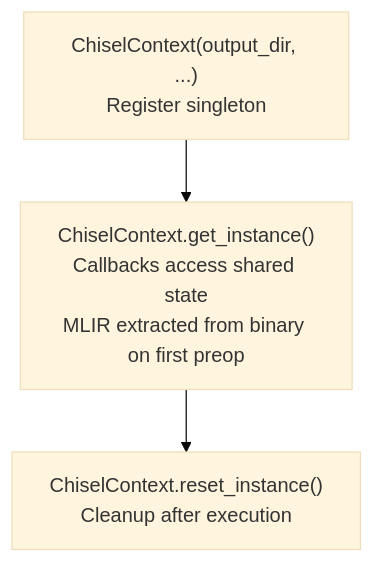
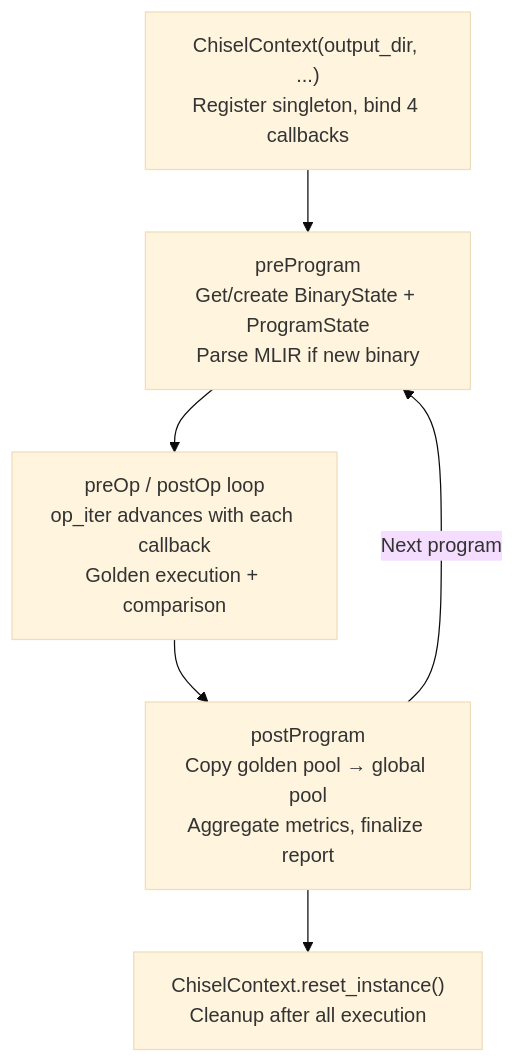
One commit to tenstorrent/tt-mlir changed the first of 4 diagrams in tools/chisel/docs/architecture.md. Above: the diagram before and after it, drawn with Mermaid (base theme). The commit also changed other lines of this file and 7 other files, not shown here.

````diff
--- a/tools/chisel/docs/architecture.md
+++ b/tools/chisel/docs/architecture.md
@@ -29,5 +54,8 @@
 ```mermaid
 flowchart TD;
-    A["ChiselContext(output_dir, ...)<br/>Register singleton"] --> B["ChiselContext.get_instance()<br/>Callbacks access shared state<br/>MLIR extracted from binary on first preop"]
-    B --> C["ChiselContext.reset_instance()<br/>Cleanup after execution"]
+    A["ChiselContext(output_dir, ...)<br/>Register singleton, bind 4 callbacks"] --> B["preProgram<br/>Get/create BinaryState + ProgramState<br/>Parse MLIR if new binary"]
+    B --> C["preOp / postOp loop<br/>op_iter advances with each callback<br/>Golden execution + comparison"]
+    C --> D["postProgram<br/>Copy golden pool → global pool<br/>Aggregate metrics, finalize report"]
+    D -->|"Next program"| B
+    D --> E["ChiselContext.reset_instance()<br/>Cleanup after all execution"]
 ```
````
